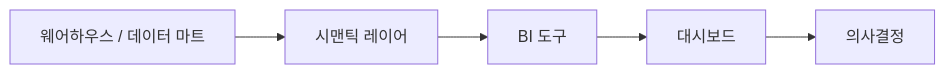
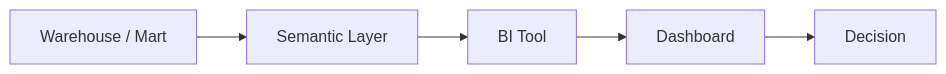
The diagram in content/data-warehouse-101/ko/07-bi-and-dashboard.md (yeongseon-books/book-content), drawn with Mermaid before and after one commit. The commit also changed other lines of this file and 9 other files, not shown here.

````diff
--- a/content/data-warehouse-101/ko/07-bi-and-dashboard.md
+++ b/content/data-warehouse-101/ko/07-bi-and-dashboard.md
@@ -55,7 +55,7 @@
 ```mermaid
 flowchart LR
-    DW["웨어하우스 / 데이터 마트"] --> Semantic["시맨틱 레이어"]
-    Semantic --> BI["BI 도구"]
-    BI --> Dashboard["대시보드"]
-    Dashboard --> Decision["의사결정"]
+    DW["Warehouse / Mart"] --> Semantic["Semantic Layer"]
+    Semantic --> BI["BI Tool"]
+    BI --> Dashboard["Dashboard"]
+    Dashboard --> Decision["Decision"]
 ```
````
